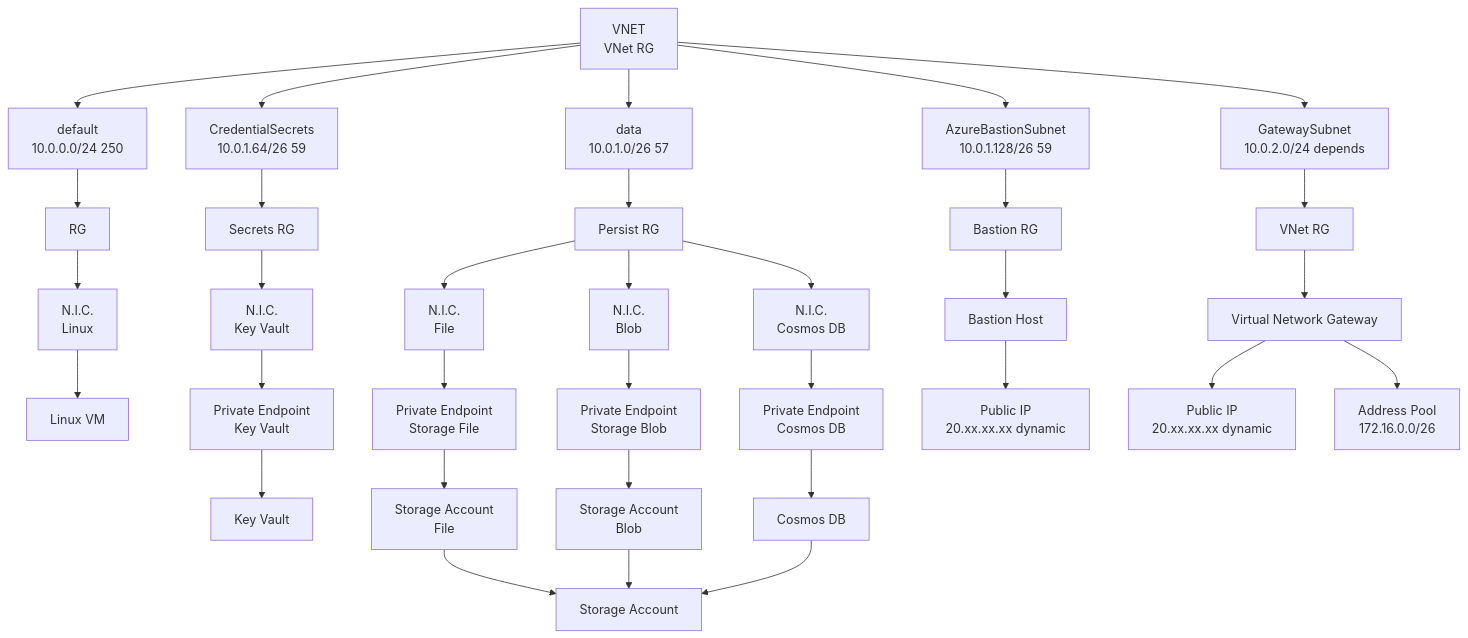
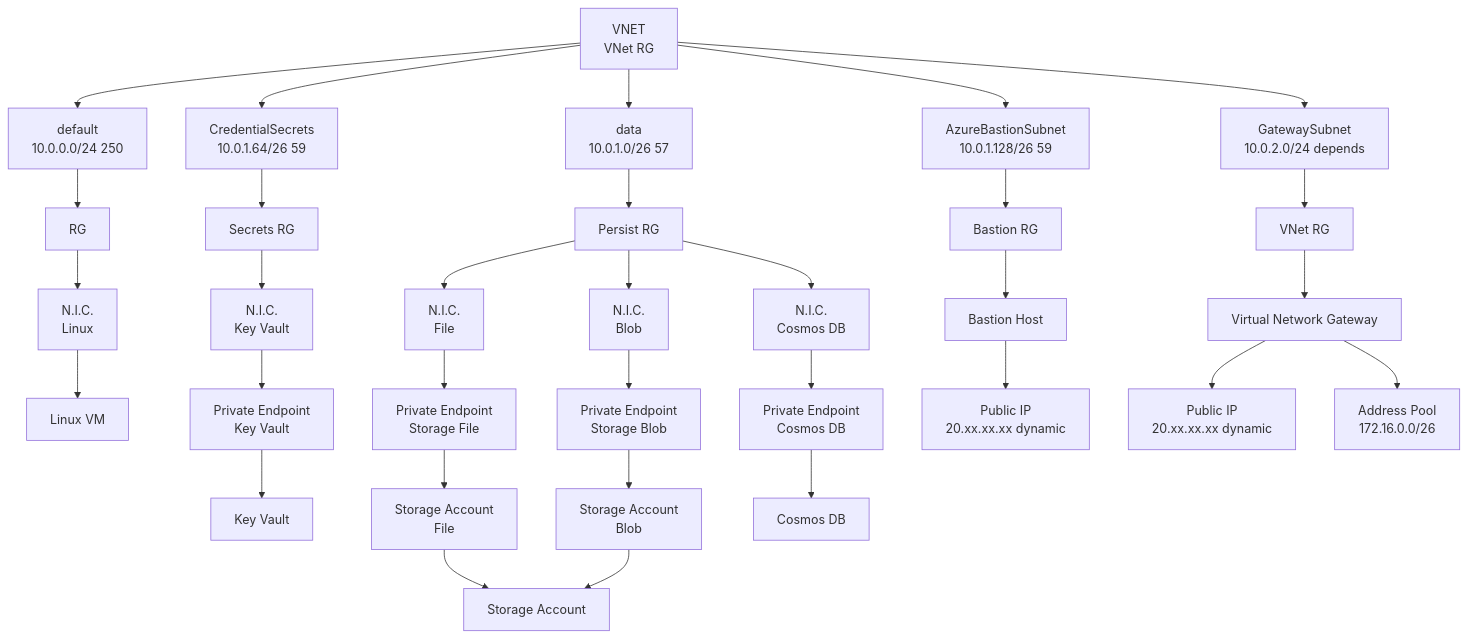
Before and after one commit to freemansoft/vnet-p2s-vpn-bastion-azure: the first of 2 diagrams in README.md, drawn with Mermaid. The commit also changed other lines of this file, not shown here.

Commit message:
fix cosmos documentation errors

````diff
--- a/README.md
+++ b/README.md
@@ -68,50 +68,49 @@
 ```mermaid
 flowchart TD
     A[VNET<br/> VNet RG]
     A --> SubDef[default <br/>10.0.0.0/24 250]
     A --> SubData[data <br/>10.0.1.0/26 57]
     A --> SubCred[CredentialSecrets <br/>10.0.1.64/26 59]
     A --> SubBast[AzureBastionSubnet <br/>10.0.1.128/26 59]
     A --> SubVng[GatewaySubnet <br/>10.0.2.0/24  depends]
 
     SubDef --> SubDefRg[RG]
     SubDefRg --> NicVM[N.I.C.<br/>Linux]
     NicVM --> VM[Linux VM]
 
     SubCred --> SubCredRg[Secrets RG]
     SubCredRg --> NicKeyVault[N.I.C.<br/>Key Vault]
     NicKeyVault --> PleKV[Private Endpoint<br/>Key Vault]
     PleKV --> KeyVault[Key Vault]
     
     StorAct[Storage Account]
     StorFile[Storage Account<br/>File]
     StorBlob[Storage Account<br/>Blob] 
 
     CosmosDB[Cosmos DB]
 
     SubData --> SubPersistRg[Persist RG]
     
     SubPersistRg --> NicStorFile[N.I.C.<br/>File]
     NicStorFile --> PleFile[Private Endpoint<br/>Storage File]
     PleFile --> StorFile
     StorFile --> StorAct
 
     SubPersistRg --> NicStorBlob[N.I.C.<br/>Blob]
     NicStorBlob --> PleBlob[Private Endpoint<br/>Storage Blob]
     PleBlob --> StorBlob
     StorBlob --> StorAct
 
     SubPersistRg --> NicCosmos[N.I.C.<br/> Cosmos DB]
     NicCosmos --> PleCosmos[Private Endpoint<br/>Cosmos DB]
     PleCosmos --> CosmosDB
-    CosmosDB --> StorAct
 
     SubBast --> SubBastRg[Bastion RG]
     SubBastRg --> Bastion[Bastion Host]
     Bastion --> PubaAst[Public IP<br>20.xx.xx.xx dynamic]
 
     SubVng --> SubVngRg[VNet RG]
     SubVngRg --> VNG[Virtual Network Gateway]
     VNG --> PubVNG[Public IP<br>20.xx.xx.xx dynamic]
     VNG --> PoolVNG[Address Pool<br>172.16.0.0/26]
 ```
````
